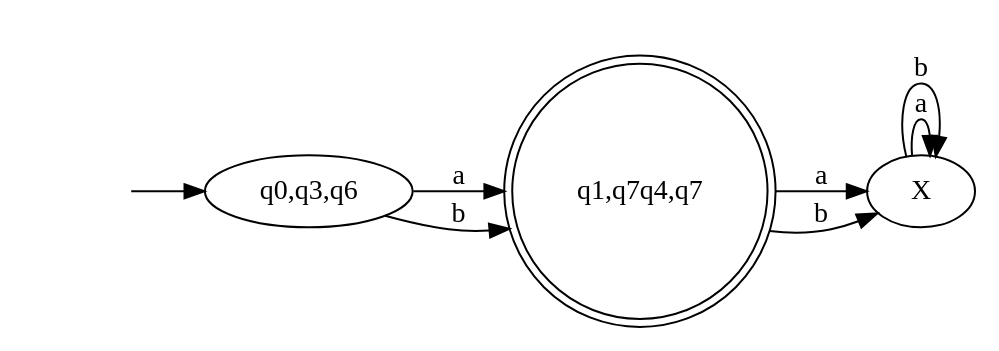
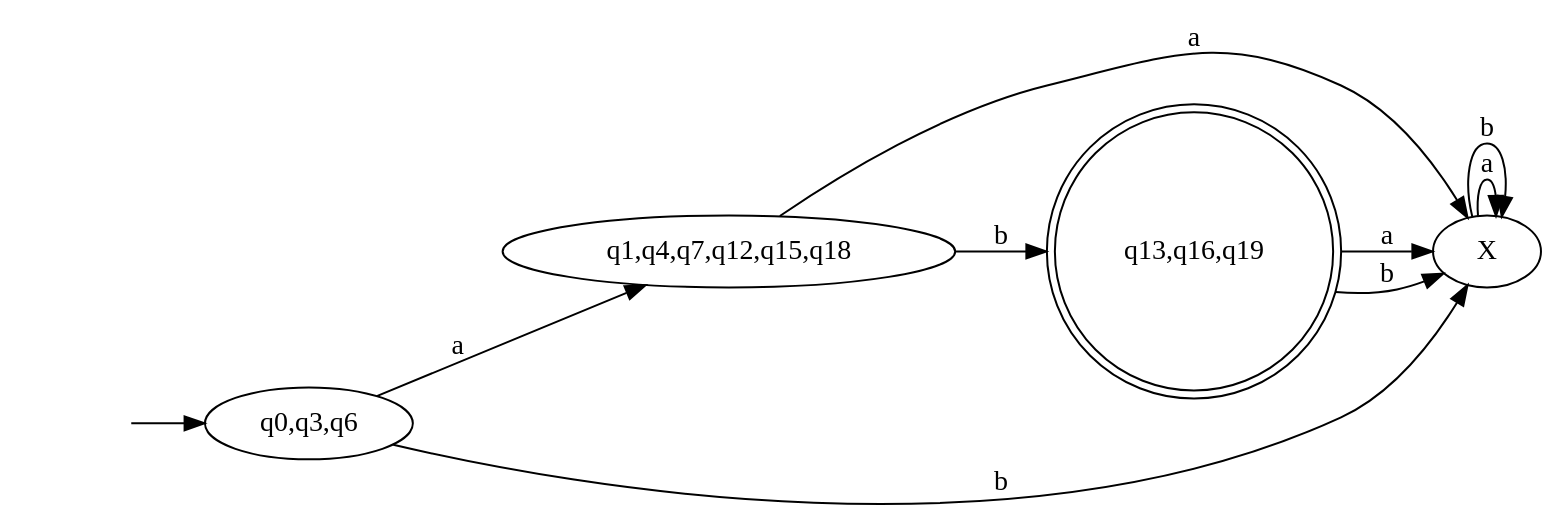
The diagram in step3.gv (Squarific/TalenEnAutomaten), drawn with Graphviz before and after one commit. The commit also changed 18 other files, not shown here.

```diff
--- a/step3.gv
+++ b/step3.gv
@@ -1,12 +1,14 @@
 digraph "new_DFA" {
 	rankdir=LR
 	-1[style="invis"];
 	-1->"q0,q3,q6";
-	"q0,q3,q6" -> "q1,q7q4,q7" [label="a"]
-	"q0,q3,q6" -> "q1,q7q4,q7" [label="b"]
-	"q1,q7q4,q7" -> "X" [label="a"]
-	"q1,q7q4,q7" -> "X" [label="b"]
+	"q0,q3,q6" -> "q1,q4,q7,q12,q15,q18" [label="a"]
+	"q0,q3,q6" -> "X" [label="b"]
+	"q1,q4,q7,q12,q15,q18" -> "X" [label="a"]
+	"q1,q4,q7,q12,q15,q18" -> "q13,q16,q19" [label="b"]
+	"q13,q16,q19" -> "X" [label="a"]
+	"q13,q16,q19" -> "X" [label="b"]
 	"X" -> "X" [label="a"]
 	"X" -> "X" [label="b"]
-	"q1,q7q4,q7"[shape="doublecircle"];
+	"q13,q16,q19"[shape="doublecircle"];
 }
```
